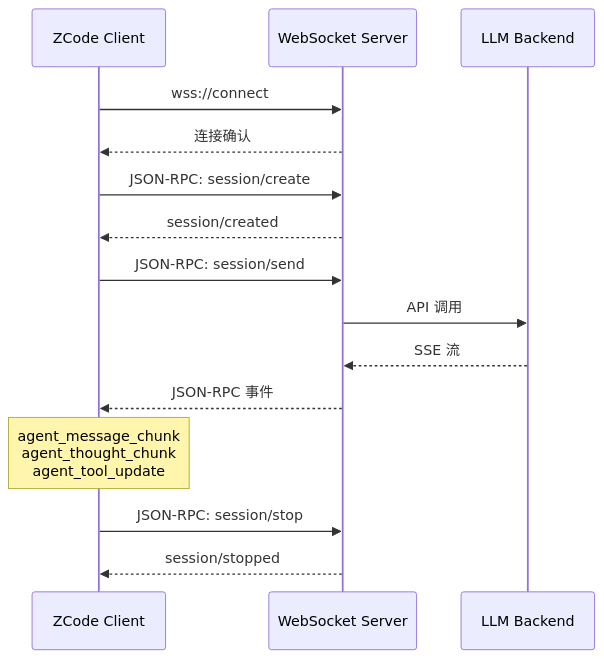
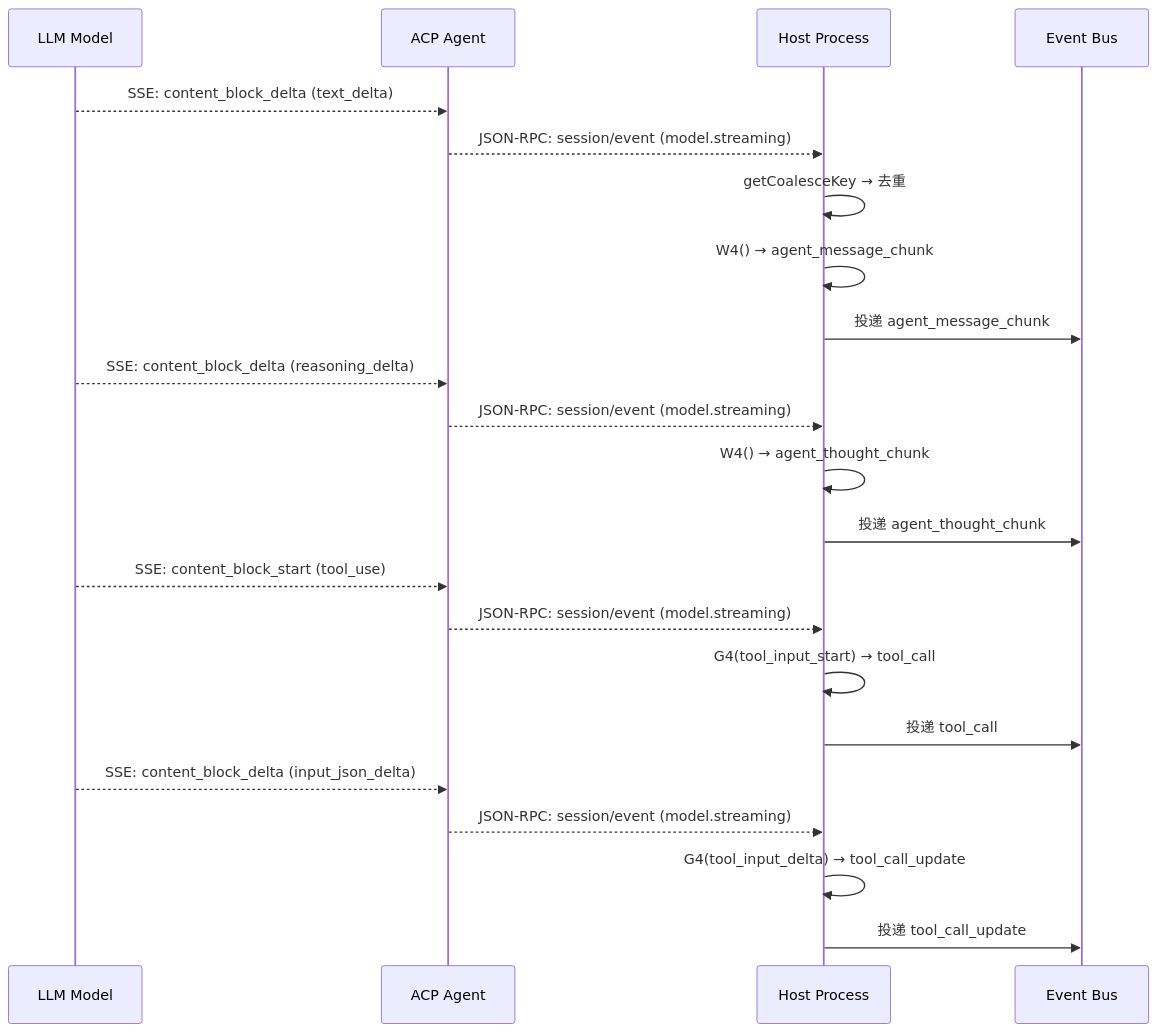
One commit to vibe-coding-labs/zcode-reverse-engineer changed the third of 3 diagrams in docs/protocol/websocket-pipeline.md. Above: the diagram before and after it, drawn with Mermaid. The commit also changed other lines of this file and 2 other files, not shown here.

````diff
--- a/docs/protocol/websocket-pipeline.md
+++ b/docs/protocol/websocket-pipeline.md
@@ -171,21 +215,28 @@
 ```mermaid
 sequenceDiagram
-    participant Client as ZCode Client
-    participant WS as WebSocket Server
-    participant LLM as LLM Backend
+    participant LLM as LLM Model
+    participant Agent as ACP Agent
+    participant Host as Host Process
+    participant Event as Event Bus
 
-    Client->>WS: wss://connect
-    WS-->>Client: 连接确认
+    LLM-->>Agent: SSE: content_block_delta (text_delta)
+    Agent-->>Host: JSON-RPC: session/event (model.streaming)
+    Host->>Host: getCoalesceKey → 去重
+    Host->>Host: W4() → agent_message_chunk
+    Host->>Event: 投递 agent_message_chunk
 
-    Client->>WS: JSON-RPC: session/create
-    WS-->>Client: session/created
+    LLM-->>Agent: SSE: content_block_delta (reasoning_delta)
+    Agent-->>Host: JSON-RPC: session/event (model.streaming)
+    Host->>Host: W4() → agent_thought_chunk
+    Host->>Event: 投递 agent_thought_chunk
 
-    Client->>WS: JSON-RPC: session/send
-    WS->>LLM: API 调用
-    LLM-->>WS: SSE 流
-    WS-->>Client: JSON-RPC 事件
-    Note over Client: agent_message_chunk<br/>agent_thought_chunk<br/>agent_tool_update
+    LLM-->>Agent: SSE: content_block_start (tool_use)
+    Agent-->>Host: JSON-RPC: session/event (model.streaming)
+    Host->>Host: G4(tool_input_start) → tool_call
+    Host->>Event: 投递 tool_call
 
-    Client->>WS: JSON-RPC: session/stop
-    WS-->>Client: session/stopped
+    LLM-->>Agent: SSE: content_block_delta (input_json_delta)
+    Agent-->>Host: JSON-RPC: session/event (model.streaming)
+    Host->>Host: G4(tool_input_delta) → tool_call_update
+    Host->>Event: 投递 tool_call_update
 ```
````
